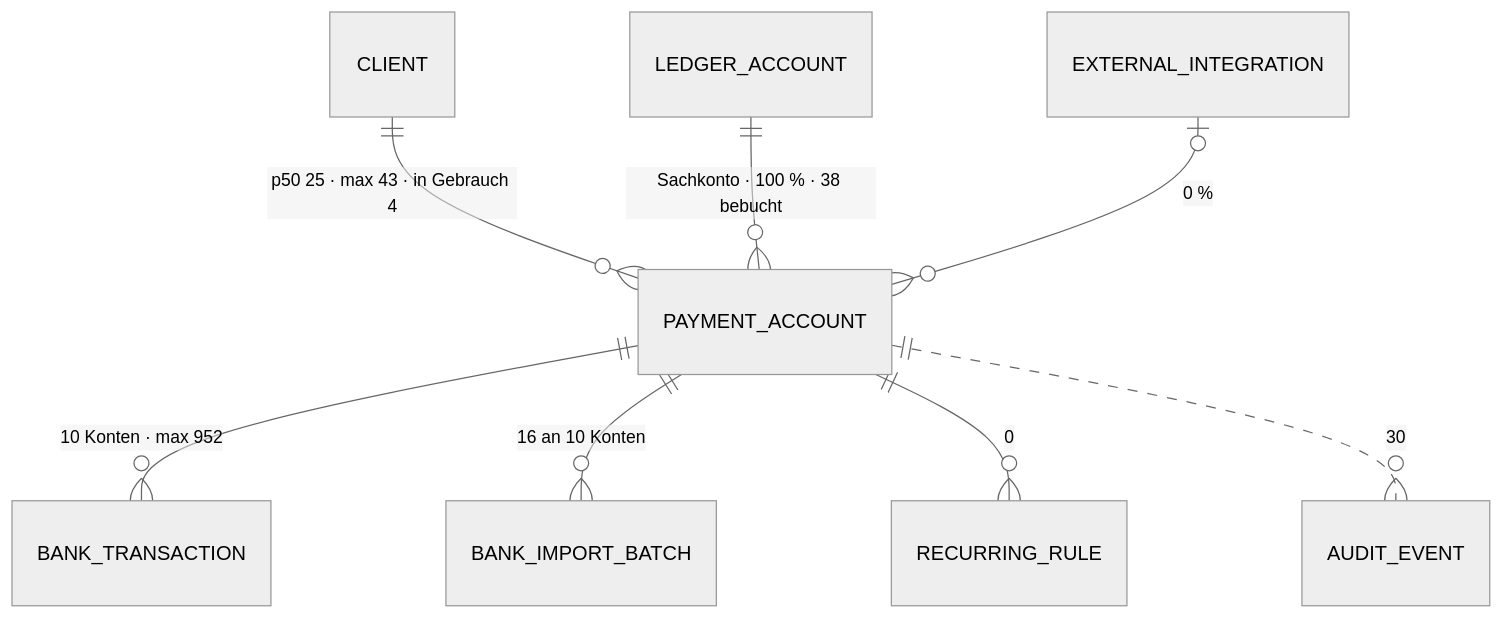
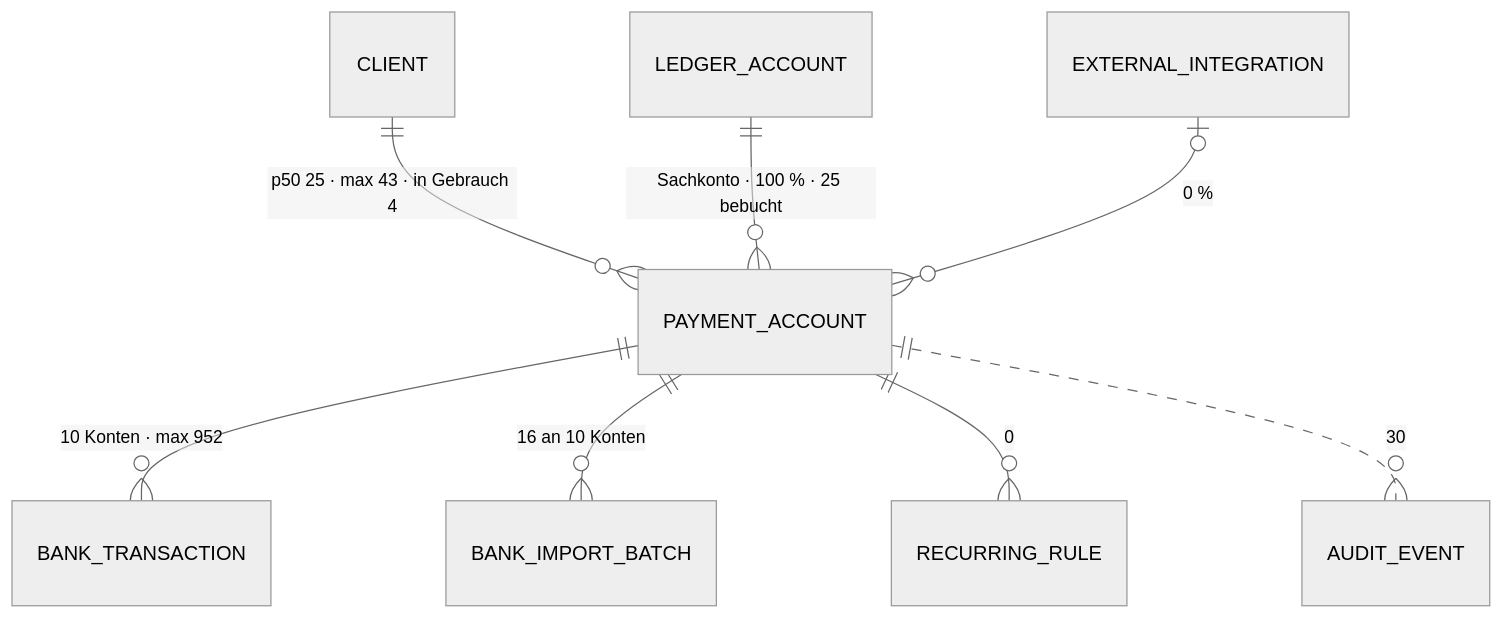
Before and after one commit to ludwig-steuer/ludwig-designsystem: the diagram in docs/entitaeten/payment-account.md, drawn with Mermaid (neutral theme). The commit also changed other lines of this file and 2 other files, not shown here.

Commit message:
Profil payment-account geprüft: L-312/L-313 nach App-Nachzählung, Kontoauszugsseite berichtigt, 25 bebuchte Sachkonten

````diff
--- a/docs/entitaeten/payment-account.md
+++ b/docs/entitaeten/payment-account.md
@@ -40,10 +40,10 @@
 ```mermaid
 erDiagram
   CLIENT ||--o{ PAYMENT_ACCOUNT : "p50 25 · max 43 · in Gebrauch 4"
-  LEDGER_ACCOUNT ||--o{ PAYMENT_ACCOUNT : "Sachkonto · 100 % · 38 bebucht"
+  LEDGER_ACCOUNT ||--o{ PAYMENT_ACCOUNT : "Sachkonto · 100 % · 25 bebucht"
   EXTERNAL_INTEGRATION |o--o{ PAYMENT_ACCOUNT : "0 %"
   PAYMENT_ACCOUNT ||--o{ BANK_TRANSACTION : "10 Konten · max 952"
   PAYMENT_ACCOUNT ||--o{ BANK_IMPORT_BATCH : "16 an 10 Konten"
   PAYMENT_ACCOUNT ||--o{ RECURRING_RULE : "0"
   PAYMENT_ACCOUNT ||..o{ AUDIT_EVENT : "30"
 ```
````
